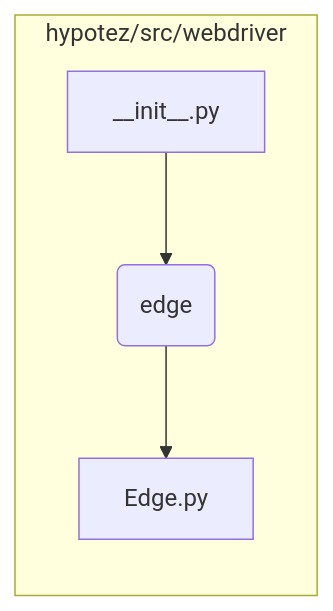
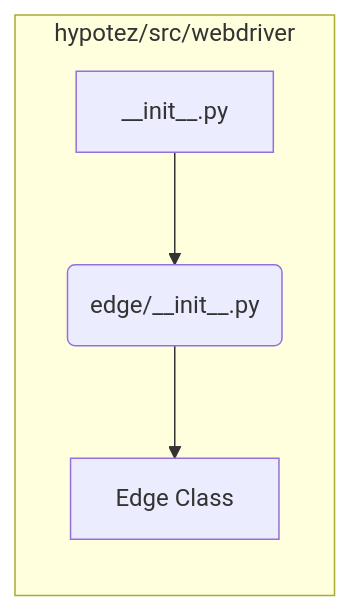
One commit to hypo69/hypo changed the second of 2 diagrams in docs/gemini/ru/explainer/src/webdriver/edge/__init__.md. Above: the diagram before and after it, drawn with Mermaid. The commit also changed other lines of this file and 311 other files, not shown here.

````diff
--- a/docs/gemini/ru/explainer/src/webdriver/edge/__init__.md
+++ b/docs/gemini/ru/explainer/src/webdriver/edge/__init__.md
@@ -34,7 +35,7 @@
 ```mermaid
 graph LR
     subgraph "hypotez/src/webdriver"
-        A[__init__.py] --> B(edge);
-        B --> C[Edge.py];
+        A[__init__.py] --> B(edge/__init__.py);
+        B --> C[Edge Class];
     end
 ```
````
